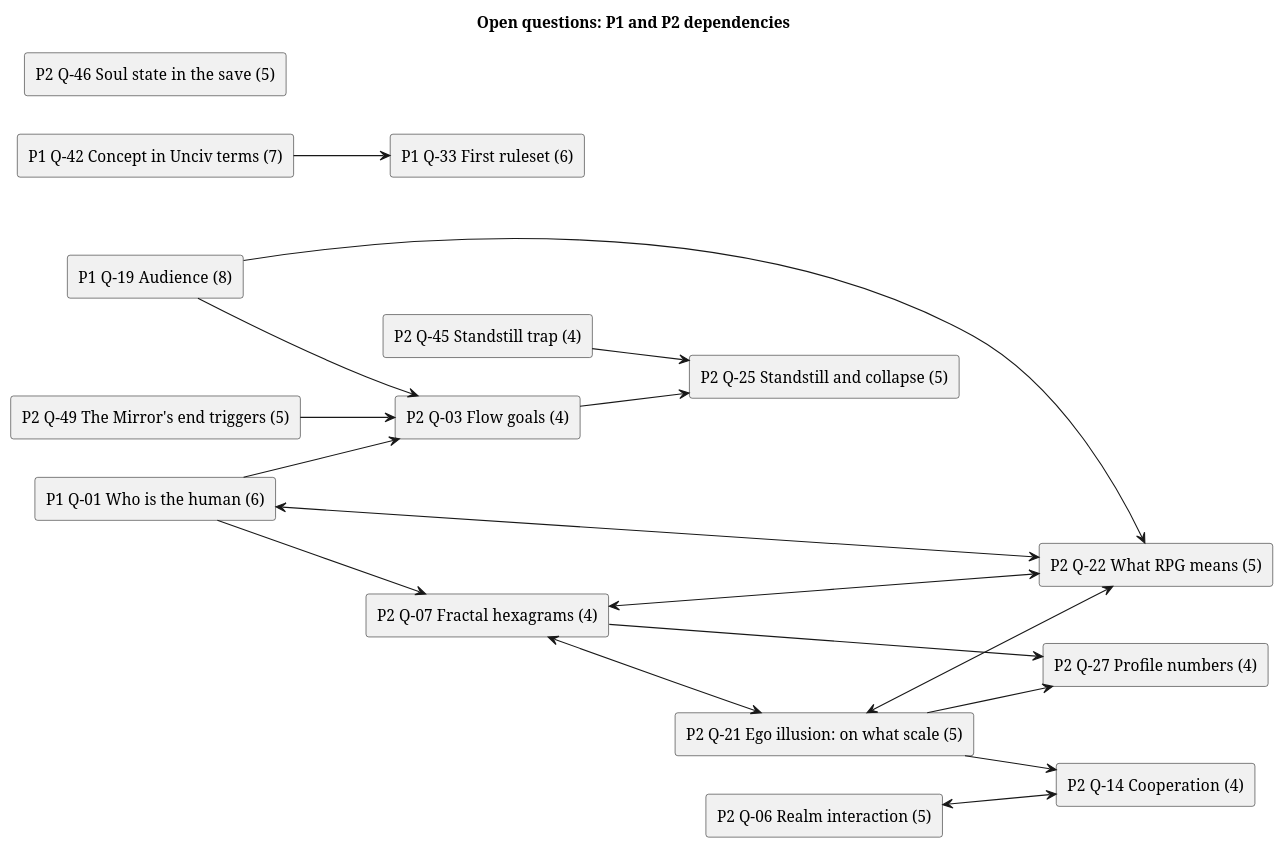
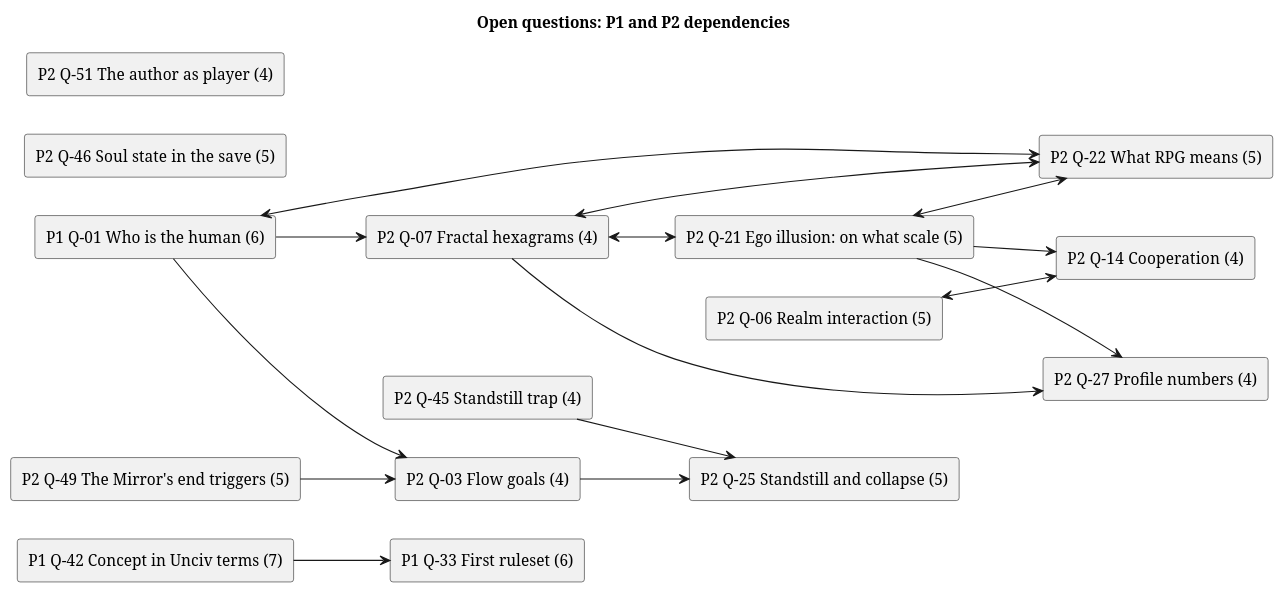
One commit to zzt108/Syntropy changed the diagram in .doc/26-11-17 Game design brainstorming/diagrams/19-question-priority-core.puml. Above: the diagram before and after it, drawn with PlantUML. The commit also changed 2 other files, not shown here.

Commit message:
Settle audience, Soul language and README route
- D-54: the builder is the primary player, a public release stays an
  open option; English + Hungarian from the first slice; provider-neutral
  advisor kit. Resolves Q-19.
- D-55: a separate Soul language setting; everything the soul produces
  follows it, the body follows the UI language; ID-based storage.
- D-56: .github/README.md on zzt_develop + a showcase repo, deferred.
- New Q-50 (synthetic playtests), Q-51 (the author as player),
  Q-52 (README names the I Ching?); Q-03 gets "ego brings, flow keeps".
- Priority table, roadmap and diagrams 19, 20 updated.

```diff
--- a/.doc/26-11-17 Game design brainstorming/diagrams/19-question-priority-core.puml
+++ b/.doc/26-11-17 Game design brainstorming/diagrams/19-question-priority-core.puml
@@ -1,39 +1,38 @@
 @startuml
 ' What: dependencies between the highest-priority open questions (P1 and P2, §5 priority table).
 ' Shows: an arrow A -> B means "the answer to A changes B"; a double arrow means the two depend on each other.
 '        The number is the impact score: how many other open questions and decisions the answer would change.
 ' Source: brainstorming-base.md §5 "Priority by impact" (edges to lower tiers and to decisions are listed there).
+' 2026-11-18: Q-19 Audience removed (resolved by D-54); Q-51 added (its only open target, Q-08, is P3: diagram 20).
 title Open questions: P1 and P2 dependencies
 left to right direction
-rectangle "P1  Q-19 Audience (8)" as Q19
 rectangle "P1  Q-42 Concept in Unciv terms (7)" as Q42
 rectangle "P1  Q-01 Who is the human (6)" as Q01
 rectangle "P1  Q-33 First ruleset (6)" as Q33
 rectangle "P2  Q-46 Soul state in the save (5)" as Q46
 rectangle "P2  Q-21 Ego illusion: on what scale (5)" as Q21
 rectangle "P2  Q-25 Standstill and collapse (5)" as Q25
 rectangle "P2  Q-22 What RPG means (5)" as Q22
 rectangle "P2  Q-06 Realm interaction (5)" as Q06
 rectangle "P2  Q-49 The Mirror's end triggers (5)" as Q49
 rectangle "P2  Q-45 Standstill trap (4)" as Q45
 rectangle "P2  Q-03 Flow goals (4)" as Q03
 rectangle "P2  Q-07 Fractal hexagrams (4)" as Q07
 rectangle "P2  Q-14 Cooperation (4)" as Q14
 rectangle "P2  Q-27 Profile numbers (4)" as Q27
-Q19 --> Q03
-Q19 --> Q22
+rectangle "P2  Q-51 The author as player (4)" as Q51
 Q42 --> Q33
 Q01 --> Q03
 Q01 --> Q07
 Q01 <--> Q22
 Q21 <--> Q22
 Q07 <--> Q21
 Q07 <--> Q22
 Q21 --> Q14
 Q21 --> Q27
 Q07 --> Q27
 Q06 <--> Q14
 Q45 --> Q25
 Q03 --> Q25
 Q49 --> Q03
 @enduml
```
